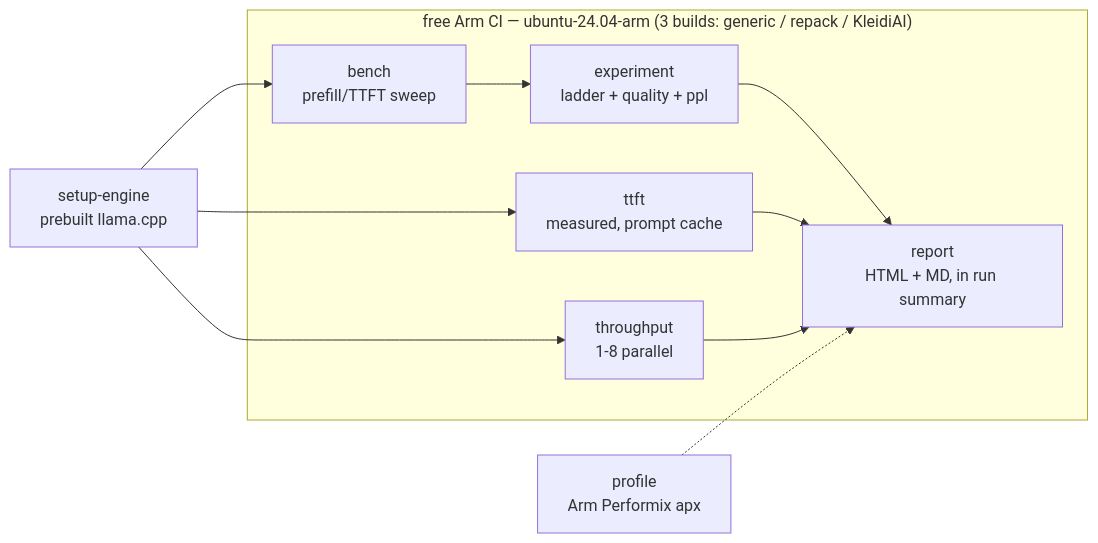
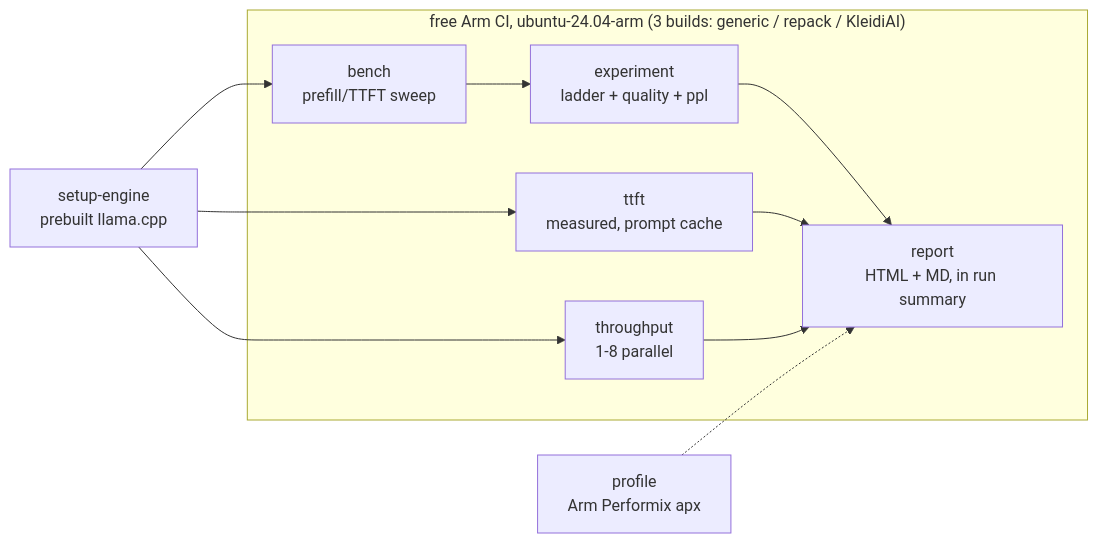
The diagram in README.md (amaan784/arm-firstflight-infer-lab), drawn with Mermaid before and after one commit. The commit also changed other lines of this file and 19 other files, not shown here.

````diff
--- a/README.md
+++ b/README.md
@@ -169,13 +169,13 @@
 ```mermaid
 flowchart LR
     A["setup-engine\nprebuilt llama.cpp"] --> B["bench\nprefill/TTFT sweep"]
     A --> C["ttft\nmeasured, prompt cache"]
     A --> D["throughput\n1-8 parallel"]
-    subgraph CI["free Arm CI — ubuntu-24.04-arm (3 builds: generic / repack / KleidiAI)"]
+    subgraph CI["free Arm CI, ubuntu-24.04-arm (3 builds: generic / repack / KleidiAI)"]
         B --> E["experiment\nladder + quality + ppl"]
         E --> F["report\nHTML + MD, in run summary"]
         C --> F
         D --> F
     end
     G["profile\nArm Performix apx"] -.-> F
 ```
````
